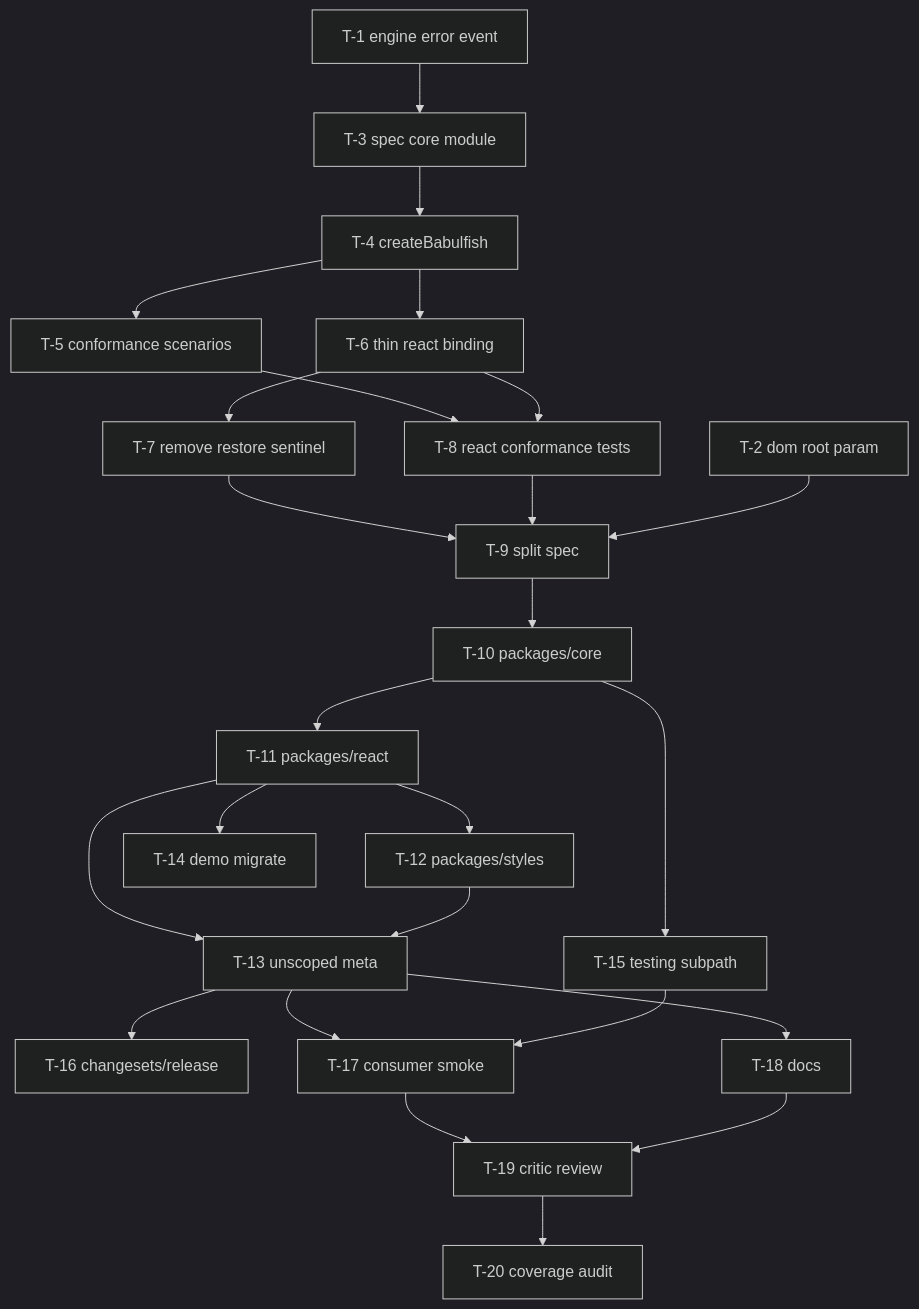
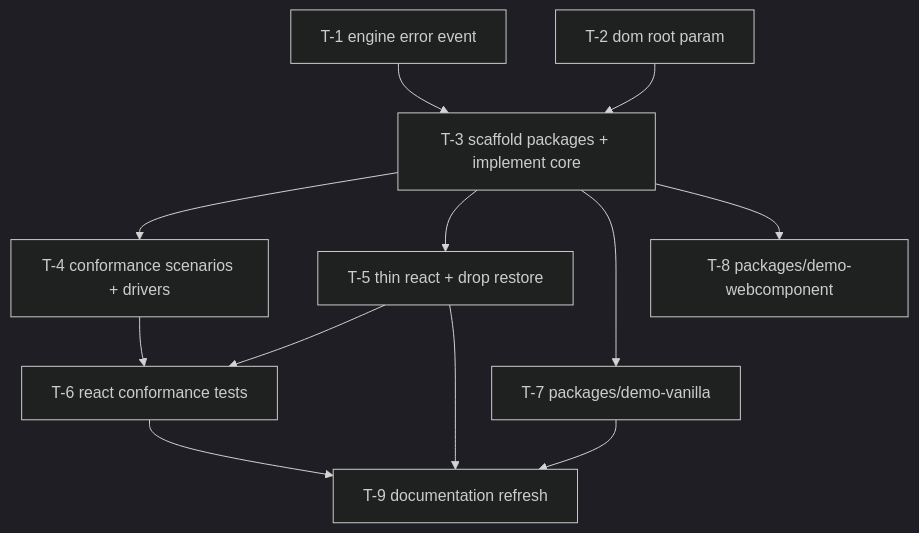
Before and after one commit to bigH/babulfish: the diagram in docs/plans/ui-agnostic-core.md, drawn with Mermaid (dark theme). The commit also changed other lines of this file and 1 other file, not shown here.

Commit message:
iterate on ui agnostic core plan

````diff
--- a/docs/plans/ui-agnostic-core.md
+++ b/docs/plans/ui-agnostic-core.md
@@ -41,28 +45,14 @@
 ```mermaid
 graph TD
-  T1[T-1 engine error event] --> T3[T-3 spec core module]
-  T2[T-2 dom root param]
-  T3 --> T4[T-4 createBabulfish]
-  T4 --> T5[T-5 conformance scenarios]
-  T4 --> T6[T-6 thin react binding]
-  T6 --> T7[T-7 remove restore sentinel]
-  T5 --> T8[T-8 react conformance tests]
-  T6 --> T8
-  T7 --> T9[T-9 split spec]
-  T8 --> T9
-  T2 --> T9
-  T9 --> T10[T-10 packages/core]
-  T10 --> T11[T-11 packages/react]
-  T11 --> T12[T-12 packages/styles]
-  T11 --> T13[T-13 unscoped meta]
-  T12 --> T13
-  T11 --> T14[T-14 demo migrate]
-  T10 --> T15[T-15 testing subpath]
-  T13 --> T16[T-16 changesets/release]
-  T13 --> T17[T-17 consumer smoke]
-  T15 --> T17
-  T13 --> T18[T-18 docs]
-  T17 --> T19[T-19 critic review]
-  T18 --> T19
-  T19 --> T20[T-20 coverage audit]
+  T1[T-1 engine error event] --> T3[T-3 scaffold packages + implement core]
+  T2[T-2 dom root param] --> T3
+  T3 --> T4[T-4 conformance scenarios + drivers]
+  T3 --> T5[T-5 thin react + drop restore]
+  T4 --> T6[T-6 react conformance tests]
+  T5 --> T6
+  T3 --> T7[T-7 packages/demo-vanilla]
+  T3 --> T8[T-8 packages/demo-webcomponent]
+  T5 --> T9[T-9 documentation refresh]
+  T6 --> T9
+  T7 --> T9
 ```
````
